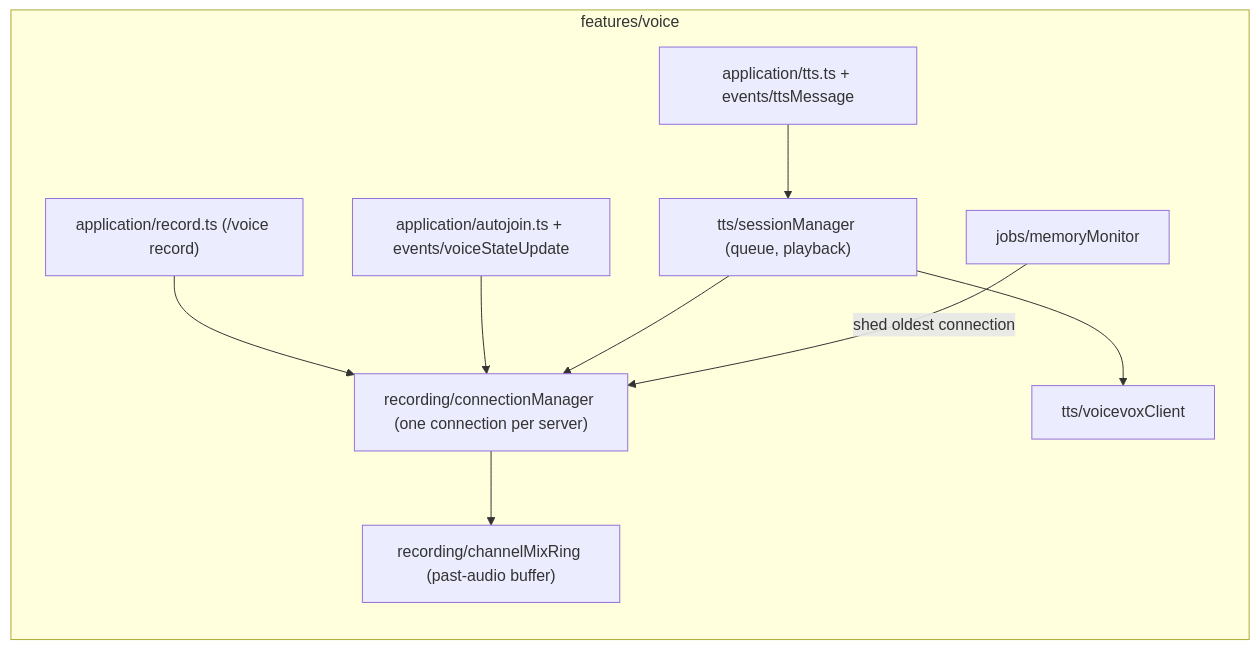
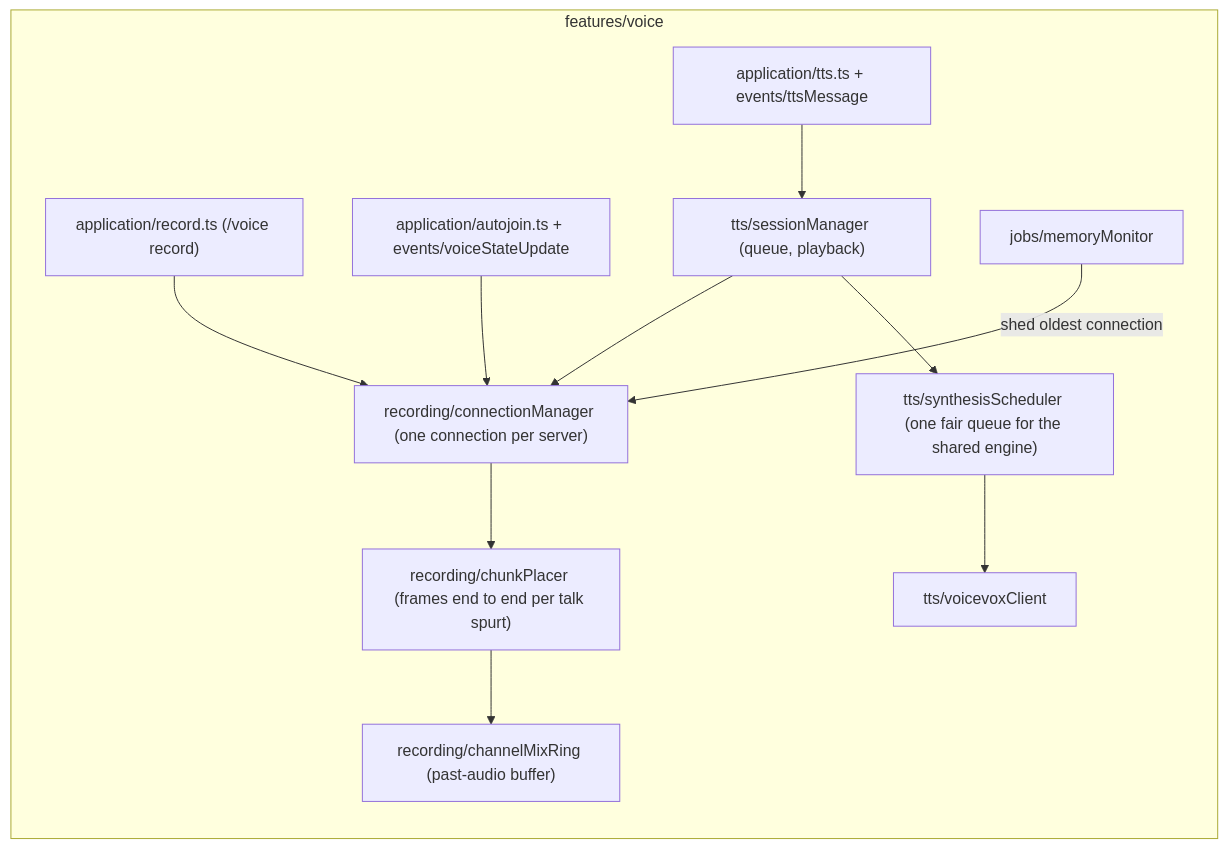
Before and after one commit to iam74k4/Bot-Discord: the fifth of 6 diagrams in docs/architecture.md, drawn with Mermaid. The commit also changed other lines of this file and 239 other files, not shown here.

````diff
--- a/docs/architecture.md
+++ b/docs/architecture.md
@@ -204,21 +254,25 @@
 ```mermaid
 flowchart LR
   subgraph voice["features/voice"]
     record["application/record.ts (/voice record)"]
     autojoin["application/autojoin.ts + events/voiceStateUpdate"]
     tts["application/tts.ts + events/ttsMessage"]
     cm["recording/connectionManager (one connection per server)"]
+    placer["recording/chunkPlacer (frames end to end per talk spurt)"]
     ring["recording/channelMixRing (past-audio buffer)"]
     tsm["tts/sessionManager (queue, playback)"]
+    sched["tts/synthesisScheduler (one fair queue for the shared engine)"]
     vv["tts/voicevoxClient"]
     mem["jobs/memoryMonitor"]
   end
 
   record --> cm
   autojoin --> cm
   tts --> tsm
   tsm --> cm
-  tsm --> vv
-  cm --> ring
+  tsm --> sched
+  sched --> vv
+  cm --> placer
+  placer --> ring
   mem -- "shed oldest connection" --> cm
 ```
````
